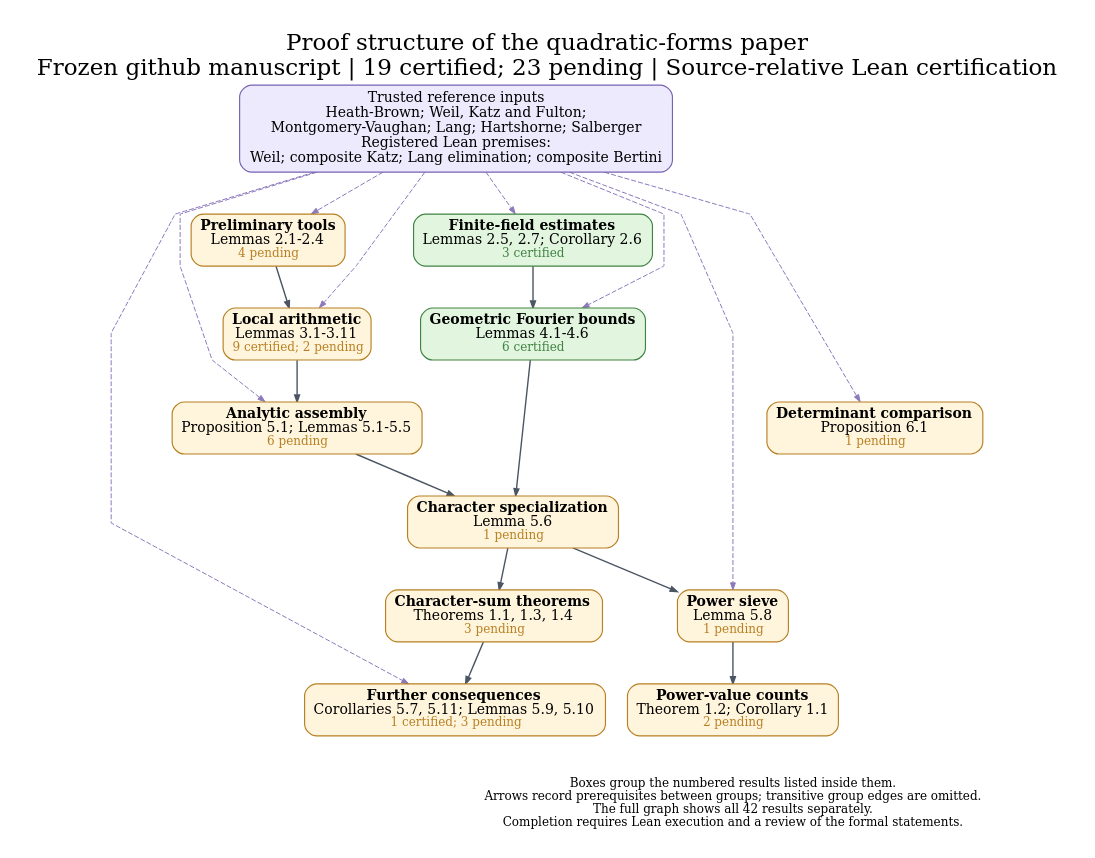
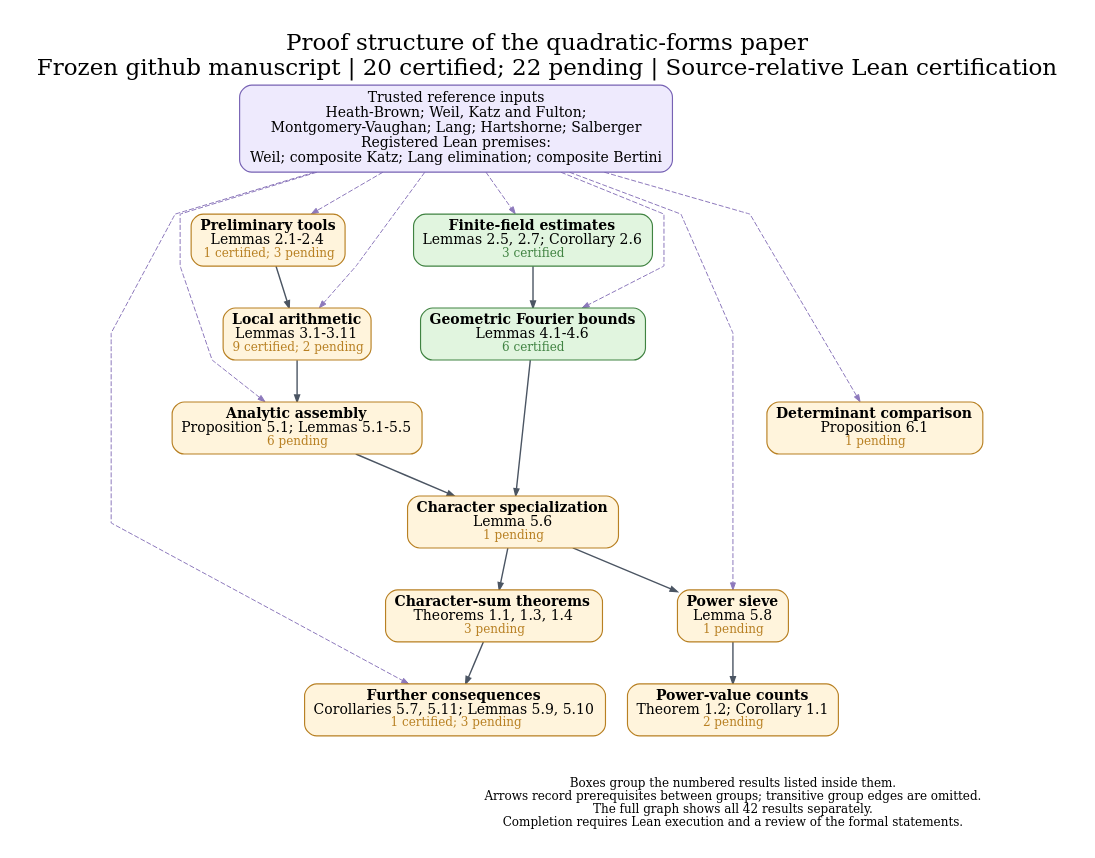
One commit to nicolasrobles/quaternary-quadratic-forms changed the diagram in docs/dependency_overview.dot. Above: the diagram before and after it, drawn with Graphviz. The commit also changed 28 other files, not shown here.

```diff
--- a/docs/dependency_overview.dot
+++ b/docs/dependency_overview.dot
@@ -1,43 +1,43 @@
 digraph Overview {
 graph [rankdir=TB, newrank=true, compound=true, outputorder=edgesfirst,
   bgcolor="white", fontname="DejaVu Serif", fontsize=23, labelloc=t,
-  label="Proof structure of the quadratic-forms paper\nFrozen github manuscript | 19 certified; 23 pending | Source-relative Lean certification",
+  label="Proof structure of the quadratic-forms paper\nFrozen github manuscript | 20 certified; 22 pending | Source-relative Lean certification",
   nodesep=0.30, ranksep=0.58, pad=0.28, splines=polyline];
 node [shape=box, style="rounded,filled", fillcolor="#fff4dc", color="#b88023",
   fontname="DejaVu Serif", fontsize=14, penwidth=1.15, margin="0.12,0.09"];
 edge [color="#4b5563", arrowsize=0.70, penwidth=1.05];
 sources [label="Trusted reference inputs\nHeath-Brown; Weil, Katz and Fulton;\nMontgomery-Vaughan; Lang; Hartshorne; Salberger\nRegistered Lean premises:\nWeil; composite Katz; Lang elimination; composite Bertini", fillcolor="#eeeafd", color="#7762b4", fontsize=14];
-"prelim" [label=<<B>Preliminary tools</B><BR/>Lemmas 2.1-2.4<BR/><FONT POINT-SIZE="12" COLOR="#b88023">4 pending</FONT>>, fillcolor="#fff4dc", color="#b88023", URL="https://github.com/nicolasrobles/quaternary-quadratic-forms/blob/main/INVENTORY.md", target="_blank"];
+"prelim" [label=<<B>Preliminary tools</B><BR/>Lemmas 2.1-2.4<BR/><FONT POINT-SIZE="12" COLOR="#b88023">1 certified; 3 pending</FONT>>, fillcolor="#fff4dc", color="#b88023", URL="https://github.com/nicolasrobles/quaternary-quadratic-forms/blob/main/INVENTORY.md", target="_blank"];
 "finite" [label=<<B>Finite-field estimates</B><BR/>Lemmas 2.5, 2.7; Corollary 2.6<BR/><FONT POINT-SIZE="12" COLOR="#408342">3 certified</FONT>>, fillcolor="#e1f5df", color="#408342", URL="https://github.com/nicolasrobles/quaternary-quadratic-forms/blob/main/INVENTORY.md", target="_blank"];
 "local" [label=<<B>Local arithmetic</B><BR/>Lemmas 3.1-3.11<BR/><FONT POINT-SIZE="12" COLOR="#b88023">9 certified; 2 pending</FONT>>, fillcolor="#fff4dc", color="#b88023", URL="https://github.com/nicolasrobles/quaternary-quadratic-forms/blob/main/INVENTORY.md", target="_blank"];
 "fourier" [label=<<B>Geometric Fourier bounds</B><BR/>Lemmas 4.1-4.6<BR/><FONT POINT-SIZE="12" COLOR="#408342">6 certified</FONT>>, fillcolor="#e1f5df", color="#408342", URL="https://github.com/nicolasrobles/quaternary-quadratic-forms/blob/main/INVENTORY.md", target="_blank"];
 "analytic" [label=<<B>Analytic assembly</B><BR/>Proposition 5.1; Lemmas 5.1-5.5<BR/><FONT POINT-SIZE="12" COLOR="#b88023">6 pending</FONT>>, fillcolor="#fff4dc", color="#b88023", URL="https://github.com/nicolasrobles/quaternary-quadratic-forms/blob/main/INVENTORY.md", target="_blank"];
 "characters" [label=<<B>Character specialization</B><BR/>Lemma 5.6<BR/><FONT POINT-SIZE="12" COLOR="#b88023">1 pending</FONT>>, fillcolor="#fff4dc", color="#b88023", URL="https://github.com/nicolasrobles/quaternary-quadratic-forms/blob/main/INVENTORY.md", target="_blank"];
 "sieve" [label=<<B>Power sieve</B><BR/>Lemma 5.8<BR/><FONT POINT-SIZE="12" COLOR="#b88023">1 pending</FONT>>, fillcolor="#fff4dc", color="#b88023", URL="https://github.com/nicolasrobles/quaternary-quadratic-forms/blob/main/INVENTORY.md", target="_blank"];
 "consequences" [label=<<B>Further consequences</B><BR/>Corollaries 5.7, 5.11; Lemmas 5.9, 5.10<BR/><FONT POINT-SIZE="12" COLOR="#b88023">1 certified; 3 pending</FONT>>, fillcolor="#fff4dc", color="#b88023", URL="https://github.com/nicolasrobles/quaternary-quadratic-forms/blob/main/INVENTORY.md", target="_blank"];
 "maincharacters" [label=<<B>Character-sum theorems</B><BR/>Theorems 1.1, 1.3, 1.4<BR/><FONT POINT-SIZE="12" COLOR="#b88023">3 pending</FONT>>, fillcolor="#fff4dc", color="#b88023", URL="https://github.com/nicolasrobles/quaternary-quadratic-forms/blob/main/INVENTORY.md", target="_blank"];
 "mainpowers" [label=<<B>Power-value counts</B><BR/>Theorem 1.2; Corollary 1.1<BR/><FONT POINT-SIZE="12" COLOR="#b88023">2 pending</FONT>>, fillcolor="#fff4dc", color="#b88023", URL="https://github.com/nicolasrobles/quaternary-quadratic-forms/blob/main/INVENTORY.md", target="_blank"];
 "fixed" [label=<<B>Determinant comparison</B><BR/>Proposition 6.1<BR/><FONT POINT-SIZE="12" COLOR="#b88023">1 pending</FONT>>, fillcolor="#fff4dc", color="#b88023", URL="https://github.com/nicolasrobles/quaternary-quadratic-forms/blob/main/INVENTORY.md", target="_blank"];
 "analytic" -> "characters" [penwidth=1.4];
 "characters" -> "maincharacters" [penwidth=1.4];
 "characters" -> "sieve" [penwidth=1.4];
 "finite" -> "fourier" [penwidth=1.4];
 "fourier" -> "characters" [penwidth=1.4];
 "local" -> "analytic" [penwidth=1.4];
 "maincharacters" -> "consequences" [penwidth=1.4];
 "prelim" -> "local" [penwidth=1.4];
 "sieve" -> "mainpowers" [penwidth=1.4];
 sources -> "analytic" [style=dashed, color="#8d79bc", penwidth=1.0];
 sources -> "consequences" [style=dashed, color="#8d79bc", penwidth=1.0];
 sources -> "finite" [style=dashed, color="#8d79bc", penwidth=1.0];
 sources -> "fixed" [style=dashed, color="#8d79bc", penwidth=1.0];
 sources -> "fourier" [style=dashed, color="#8d79bc", penwidth=1.0];
 sources -> "local" [style=dashed, color="#8d79bc", penwidth=1.0];
 sources -> "prelim" [style=dashed, color="#8d79bc", penwidth=1.0];
 sources -> "sieve" [style=dashed, color="#8d79bc", penwidth=1.0];
 legend [shape=plain, style="", label="Boxes group the numbered results listed inside them.\nArrows record prerequisites between groups; transitive group edges are omitted.\nThe full graph shows all 42 results separately.\nCompletion requires Lean execution and a review of the formal statements.", fontsize=12];
 {rank=sink; legend;}
 "consequences" -> legend [style=invis];
 "fixed" -> legend [style=invis];
 "mainpowers" -> legend [style=invis];
 }
```
